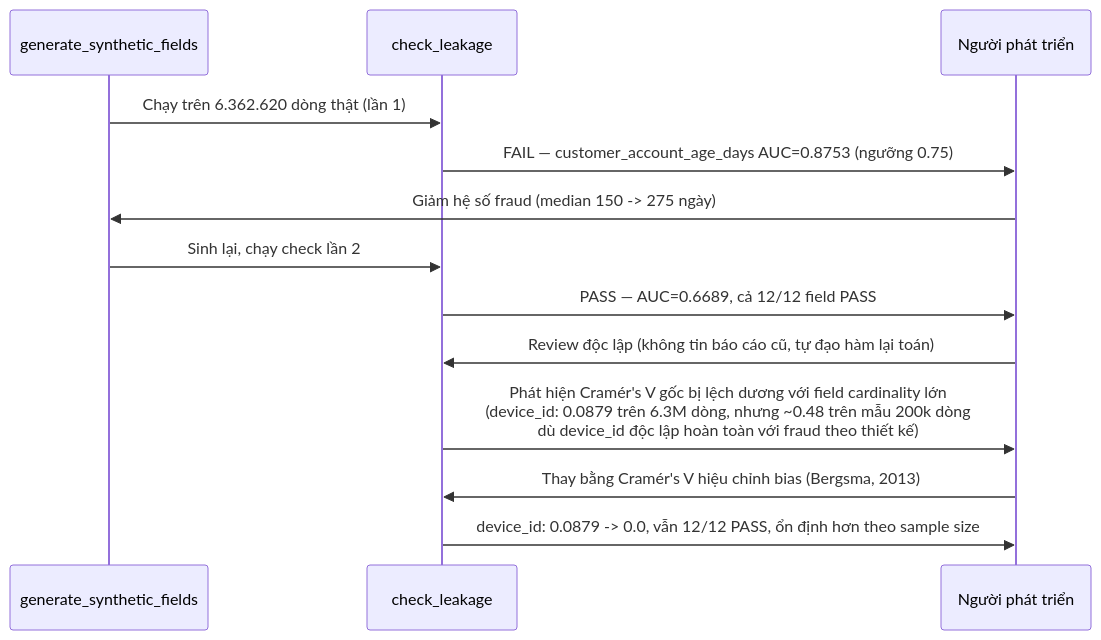
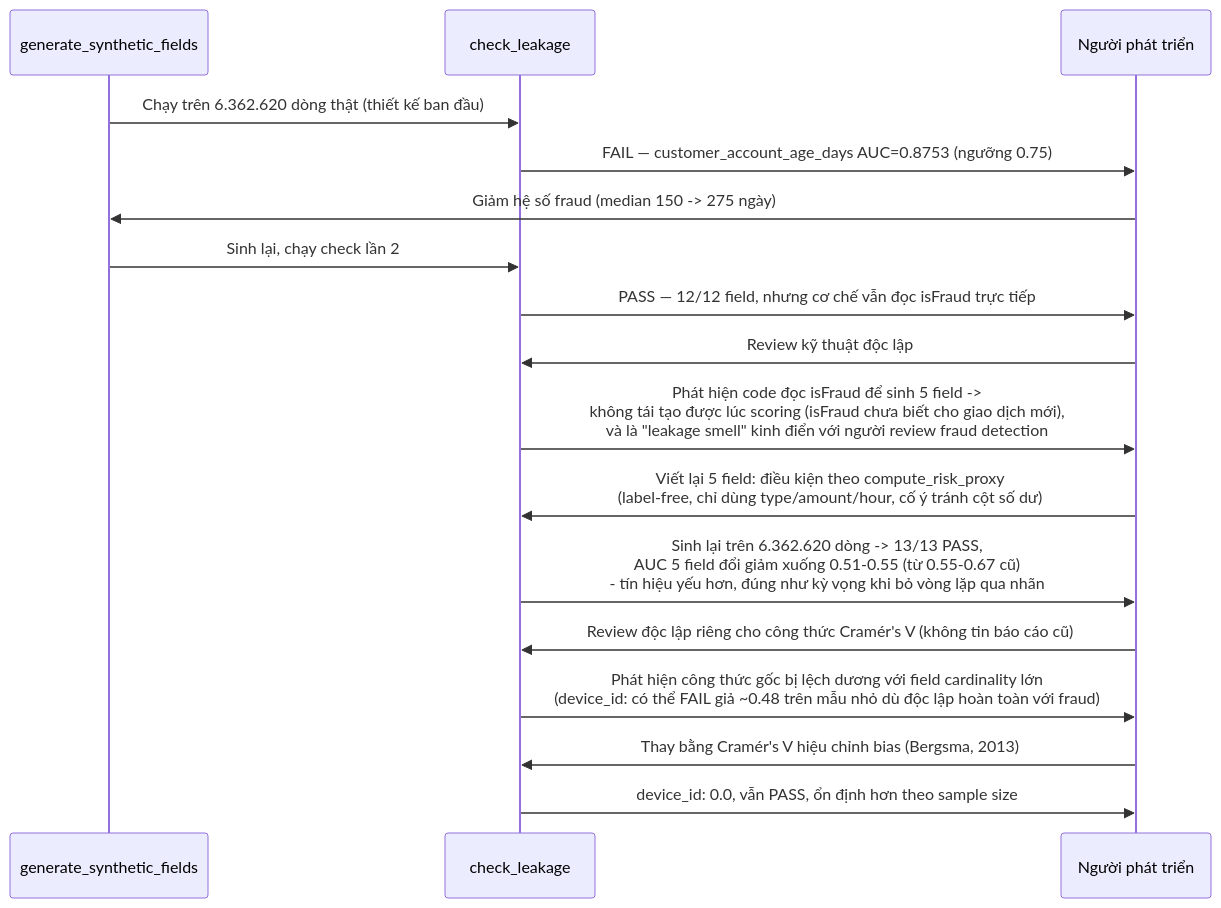
Before and after one commit to sutobode/BA_Project: the seventh of 9 diagrams in README.md, drawn with Mermaid. The commit also changed other lines of this file and 2 other files, not shown here.

````diff
--- a/README.md
+++ b/README.md
@@ -141,17 +154,22 @@
 ```mermaid
 sequenceDiagram
     participant Gen as generate_synthetic_fields
     participant Check as check_leakage
     participant Dev as Người phát triển
 
-    Gen->>Check: Chạy trên 6.362.620 dòng thật (lần 1)
+    Gen->>Check: Chạy trên 6.362.620 dòng thật (thiết kế ban đầu)
     Check->>Dev: FAIL — customer_account_age_days AUC=0.8753 (ngưỡng 0.75)
     Dev->>Gen: Giảm hệ số fraud (median 150 -> 275 ngày)
     Gen->>Check: Sinh lại, chạy check lần 2
-    Check->>Dev: PASS — AUC=0.6689, cả 12/12 field PASS
+    Check->>Dev: PASS — 12/12 field, nhưng cơ chế vẫn đọc isFraud trực tiếp
 
-    Dev->>Check: Review độc lập (không tin báo cáo cũ, tự đạo hàm lại toán)
-    Check->>Dev: Phát hiện Cramér's V gốc bị lệch dương với field cardinality lớn<br/>(device_id: 0.0879 trên 6.3M dòng, nhưng ~0.48 trên mẫu 200k dòng<br/>dù device_id độc lập hoàn toàn với fraud theo thiết kế)
+    Dev->>Check: Review kỹ thuật độc lập
+    Check->>Dev: Phát hiện code đọc isFraud để sinh 5 field -><br/>không tái tạo được lúc scoring (isFraud chưa biết cho giao dịch mới),<br/>và là "leakage smell" kinh điển với người review fraud detection
+    Dev->>Check: Viết lại 5 field: điều kiện theo compute_risk_proxy<br/>(label-free, chỉ dùng type/amount/hour, cố ý tránh cột số dư)
+    Check->>Dev: Sinh lại trên 6.362.620 dòng -> 13/13 PASS,<br/>AUC 5 field đổi giảm xuống 0.51-0.55 (từ 0.55-0.67 cũ)<br/>- tín hiệu yếu hơn, đúng như kỳ vọng khi bỏ vòng lặp qua nhãn
+
+    Dev->>Check: Review độc lập riêng cho công thức Cramér's V (không tin báo cáo cũ)
+    Check->>Dev: Phát hiện công thức gốc bị lệch dương với field cardinality lớn<br/>(device_id: có thể FAIL giả ~0.48 trên mẫu nhỏ dù độc lập hoàn toàn với fraud)
     Dev->>Check: Thay bằng Cramér's V hiệu chỉnh bias (Bergsma, 2013)
-    Check->>Dev: device_id: 0.0879 -> 0.0, vẫn 12/12 PASS, ổn định hơn theo sample size
+    Check->>Dev: device_id: 0.0, vẫn PASS, ổn định hơn theo sample size
 ```
````
